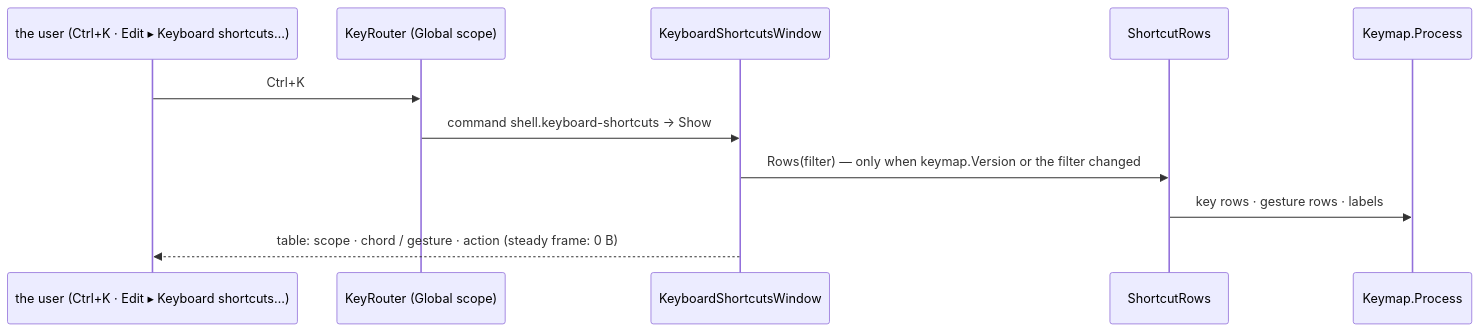
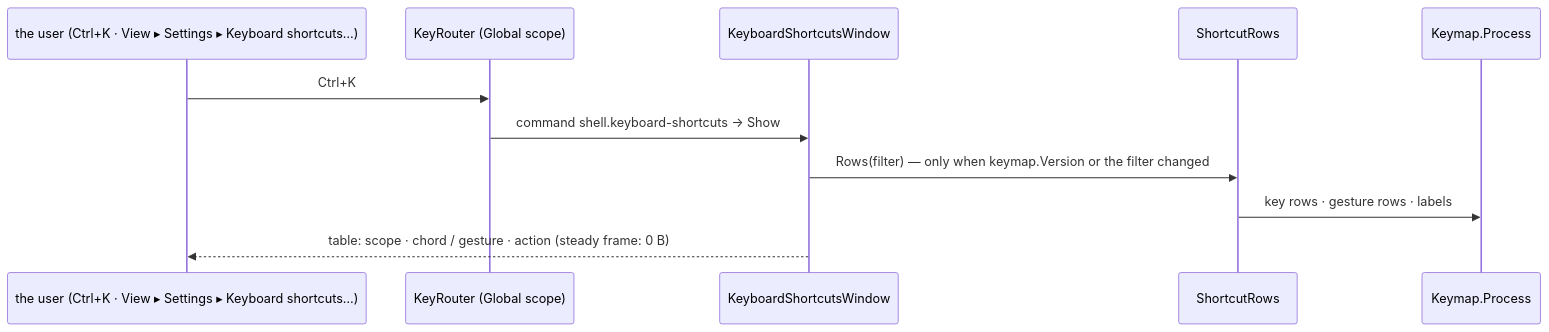
Before and after one commit to pjanec/HROT: diagram 16 of 19 in docs/UX/DESIGN_Input_And_Commands.md, drawn with Mermaid. The commit also changed other lines of this file and 9 other files, not shown here.

First line of the commit message:
CE-4337 (U-3): Keyboard shortcuts... lives at ONE path, View > Settings, on every host (R-4178 supersedes R-4176 #3) — the two-path machinery and its rail replaced; menus mockup and Input design 6f updated

````diff
--- a/docs/UX/DESIGN_Input_And_Commands.md
+++ b/docs/UX/DESIGN_Input_And_Commands.md
@@ -535,13 +535,13 @@
 ```mermaid
 sequenceDiagram
-  participant U as the user (Ctrl+K · Edit ▸ Keyboard shortcuts…)
+  participant U as the user (Ctrl+K · View ▸ Settings ▸ Keyboard shortcuts…)
   participant K as KeyRouter (Global scope)
   participant W as KeyboardShortcutsWindow
   participant R as ShortcutRows
   participant M as Keymap.Process
   U->>K: Ctrl+K
   K->>W: command shell.keyboard-shortcuts → Show
   W->>R: Rows(filter) — only when keymap.Version or the filter changed
   R->>M: key rows · gesture rows · labels
   W-->>U: table: scope · chord / gesture · action (steady frame: 0 B)
 ```
````
